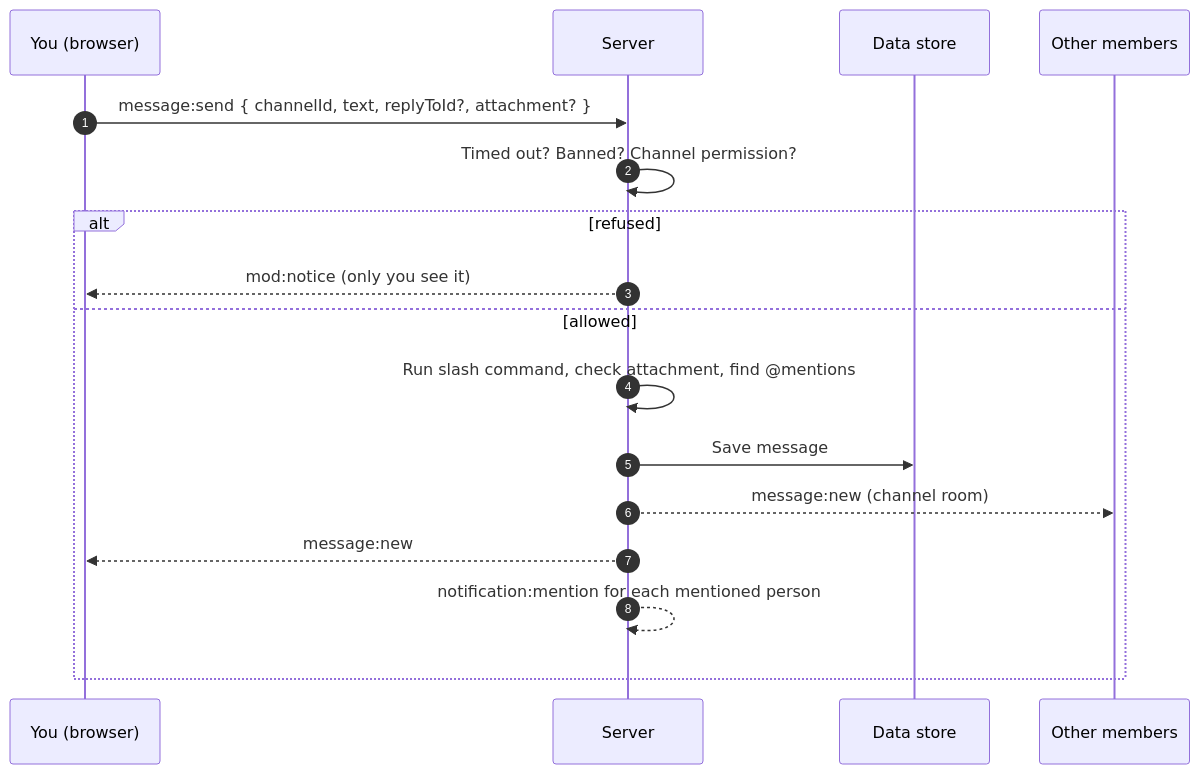
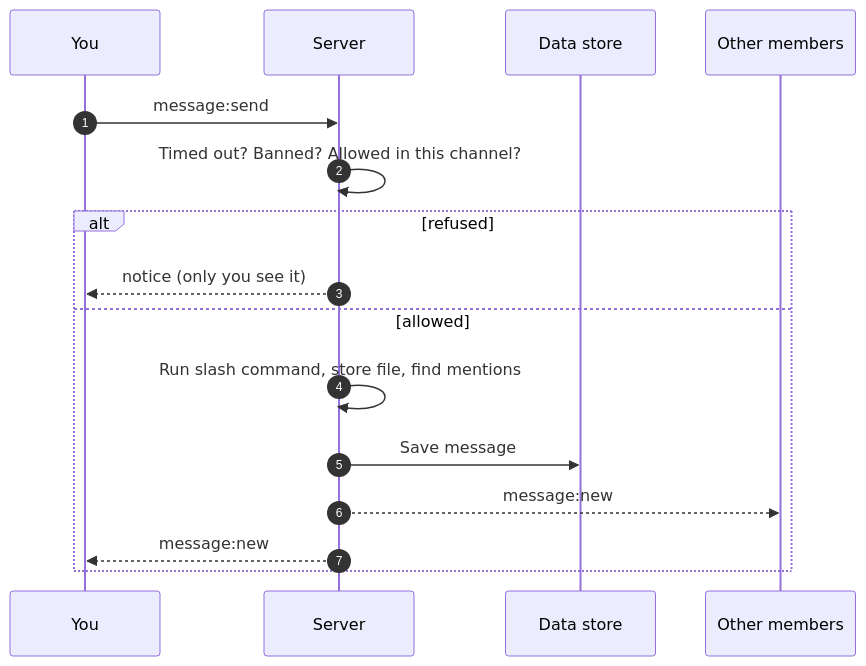
One commit to arg0506/Devpulse changed the second of 2 diagrams in README.md. Above: the diagram before and after it, drawn with Mermaid. The commit also changed other lines of this file and 1 other file, not shown here.

````diff
--- a/README.md
+++ b/README.md
@@ -136,19 +263,18 @@
 ```mermaid
 sequenceDiagram
     autonumber
-    participant U as You (browser)
+    participant U as You
     participant S as Server
     participant D as Data store
     participant O as Other members
-    U->>S: message:send { channelId, text, replyToId?, attachment? }
-    S->>S: Timed out? Banned? Channel permission?
+    U->>S: message:send
+    S->>S: Timed out? Banned? Allowed in this channel?
     alt refused
-        S-->>U: mod:notice (only you see it)
+        S-->>U: notice (only you see it)
     else allowed
-        S->>S: Run slash command, check attachment, find @mentions
+        S->>S: Run slash command, store file, find mentions
         S->>D: Save message
-        S-->>O: message:new (channel room)
+        S-->>O: message:new
         S-->>U: message:new
-        S-->>S: notification:mention for each mentioned person
     end
 ```
````
